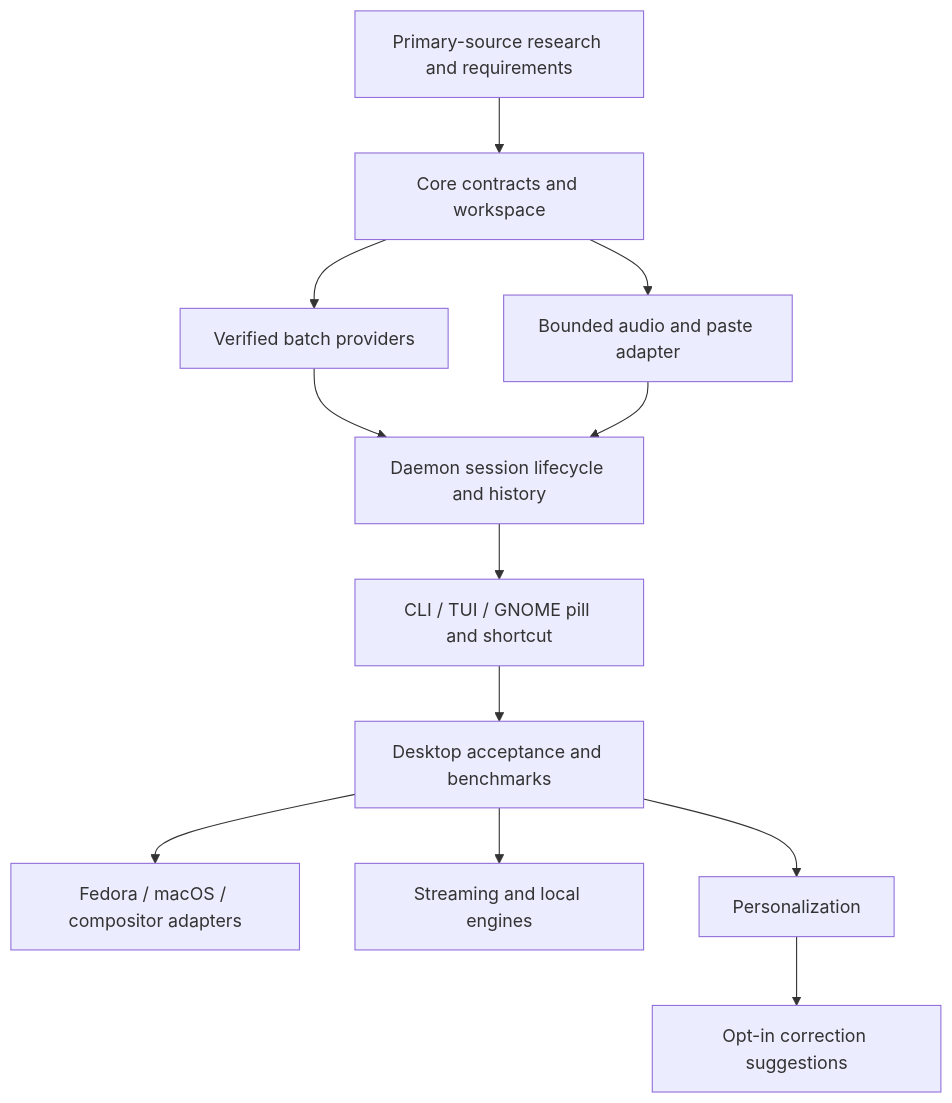
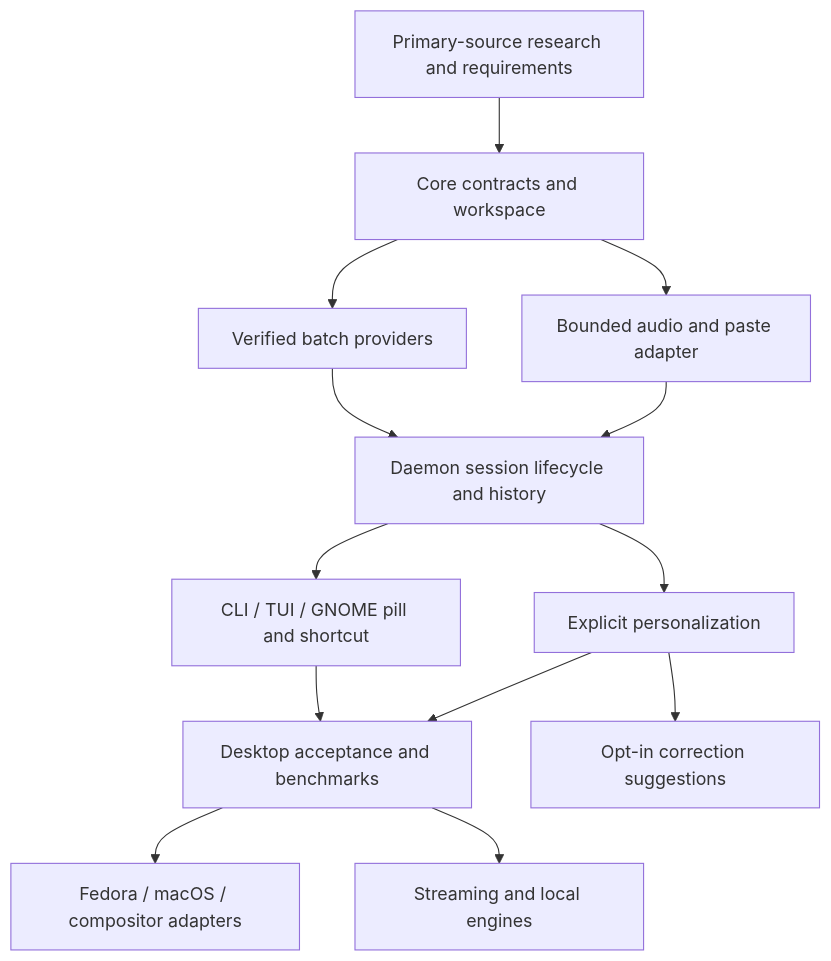
Before and after one commit to itsmrad/xflow: the diagram in ROADMAP.md, drawn with Mermaid. The commit also changed other lines of this file and 7 other files, not shown here.

````diff
--- a/ROADMAP.md
+++ b/ROADMAP.md
@@ -7,14 +7,15 @@
 ```mermaid
 flowchart TD
   R[Primary-source research and requirements] --> C[Core contracts and workspace]
   C --> P[Verified batch providers]
   C --> A[Bounded audio and paste adapter]
   P --> D[Daemon session lifecycle and history]
   A --> D
   D --> U[CLI / TUI / GNOME pill and shortcut]
   U --> B[Desktop acceptance and benchmarks]
   B --> F[Fedora / macOS / compositor adapters]
   B --> S[Streaming and local engines]
-  B --> X[Personalization]
+  D --> X[Explicit personalization]
+  X --> B
   X --> L[Opt-in correction suggestions]
 ```
````
